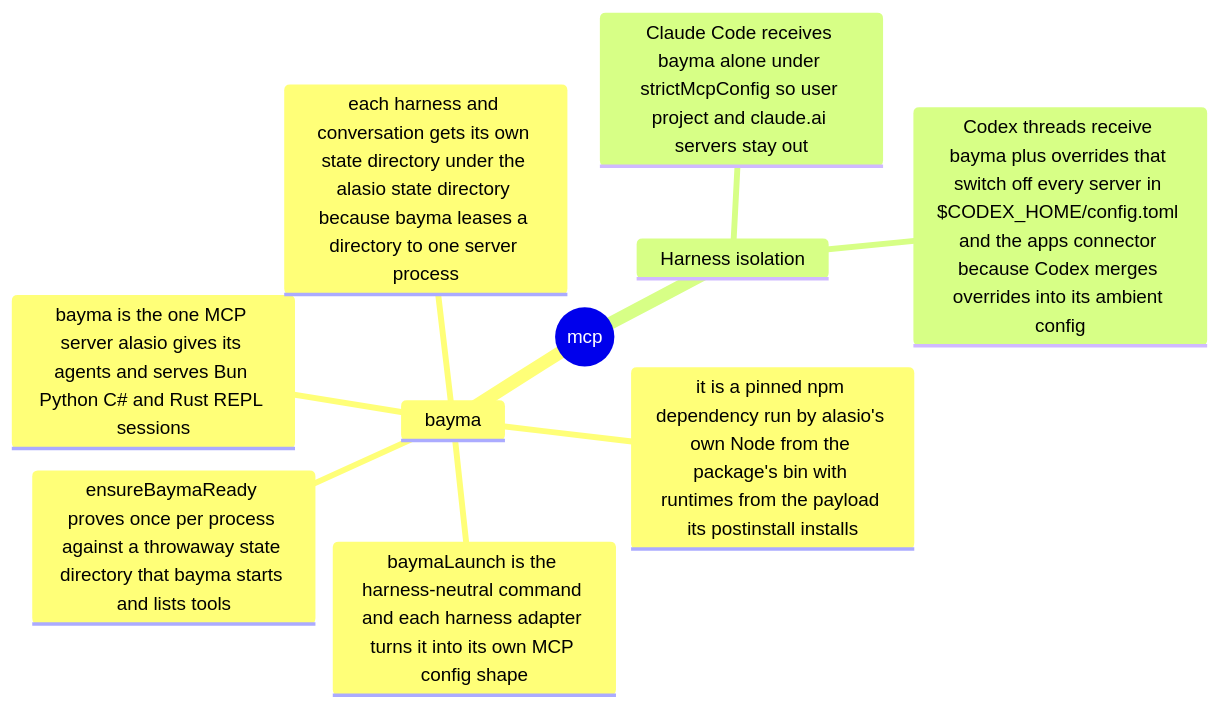
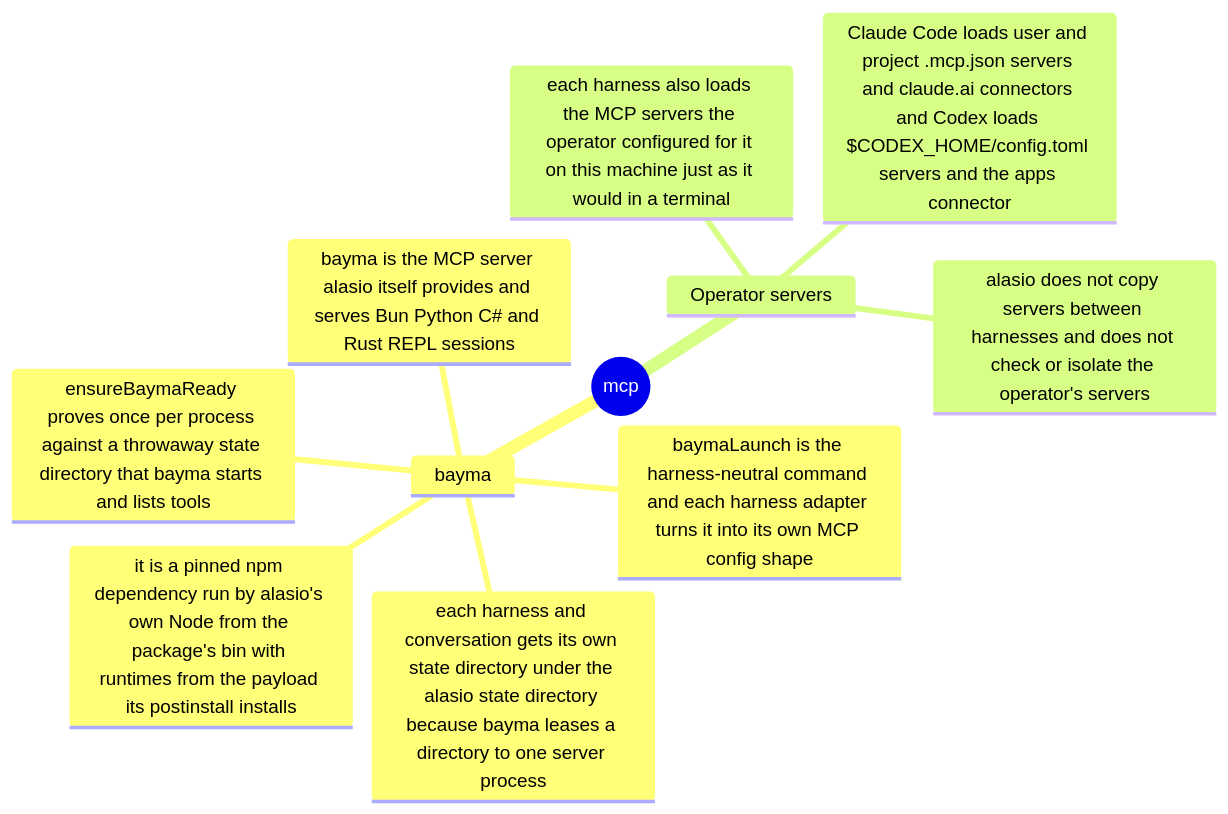
One commit to eaucoin/alasio changed the first of 3 diagrams in src/mcp/README.md. Above: the diagram before and after it, drawn with Mermaid. The commit also changed other lines of this file and 14 other files, not shown here.

First line of the commit message:
Load each harness's own MCP servers alongside bayma

````diff
--- a/src/mcp/README.md
+++ b/src/mcp/README.md
@@ -2,13 +2,14 @@
 ```mermaid
 mindmap
   root((mcp))
     bayma
-      bayma is the one MCP server alasio gives its agents and serves Bun Python C# and Rust REPL sessions
+      bayma is the MCP server alasio itself provides and serves Bun Python C# and Rust REPL sessions
       it is a pinned npm dependency run by alasio's own Node from the package's bin with runtimes from the payload its postinstall installs
       baymaLaunch is the harness-neutral command and each harness adapter turns it into its own MCP config shape
       each harness and conversation gets its own state directory under the alasio state directory because bayma leases a directory to one server process
       ensureBaymaReady proves once per process against a throwaway state directory that bayma starts and lists tools
-    Harness isolation
-      Claude Code receives bayma alone under strictMcpConfig so user project and claude.ai servers stay out
-      Codex threads receive bayma plus overrides that switch off every server in $CODEX_HOME/config.toml and the apps connector because Codex merges overrides into its ambient config
+    Operator servers
+      each harness also loads the MCP servers the operator configured for it on this machine just as it would in a terminal
+      Claude Code loads user and project .mcp.json servers and claude.ai connectors and Codex loads $CODEX_HOME/config.toml servers and the apps connector
+      alasio does not copy servers between harnesses and does not check or isolate the operator's servers
 ```
````
